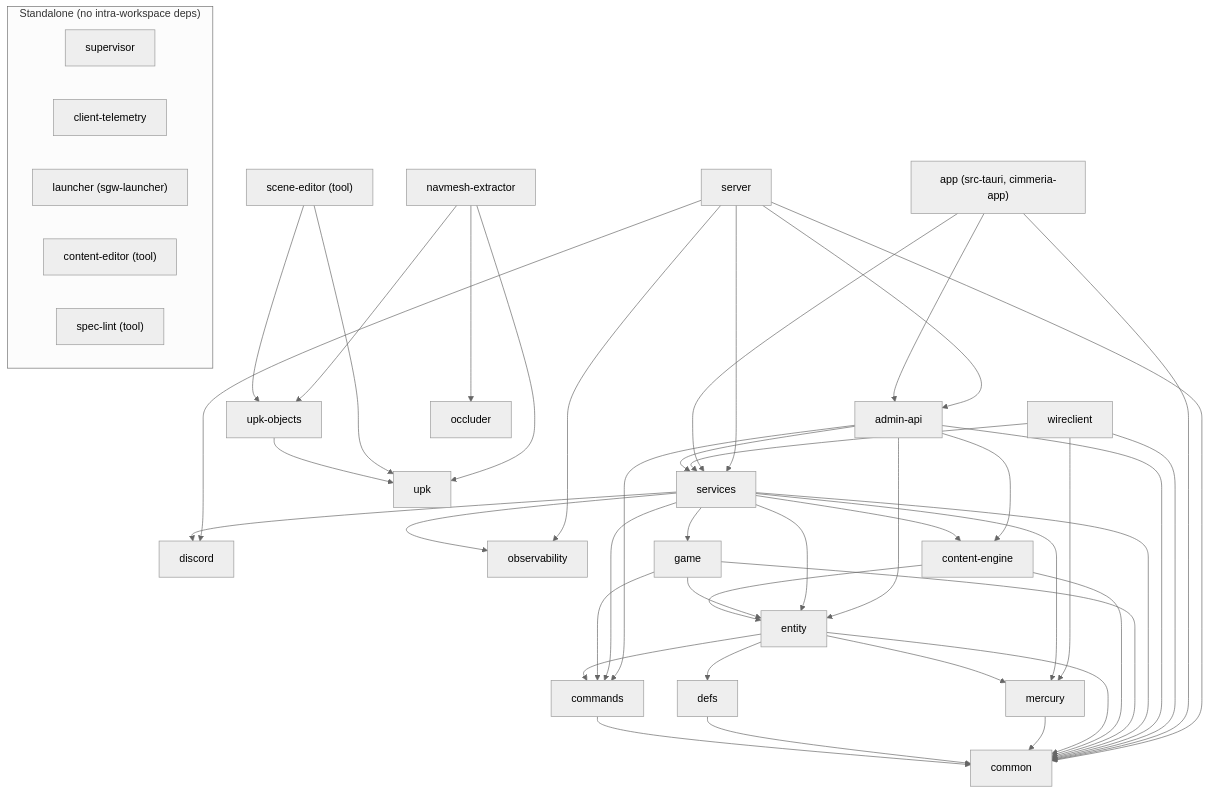
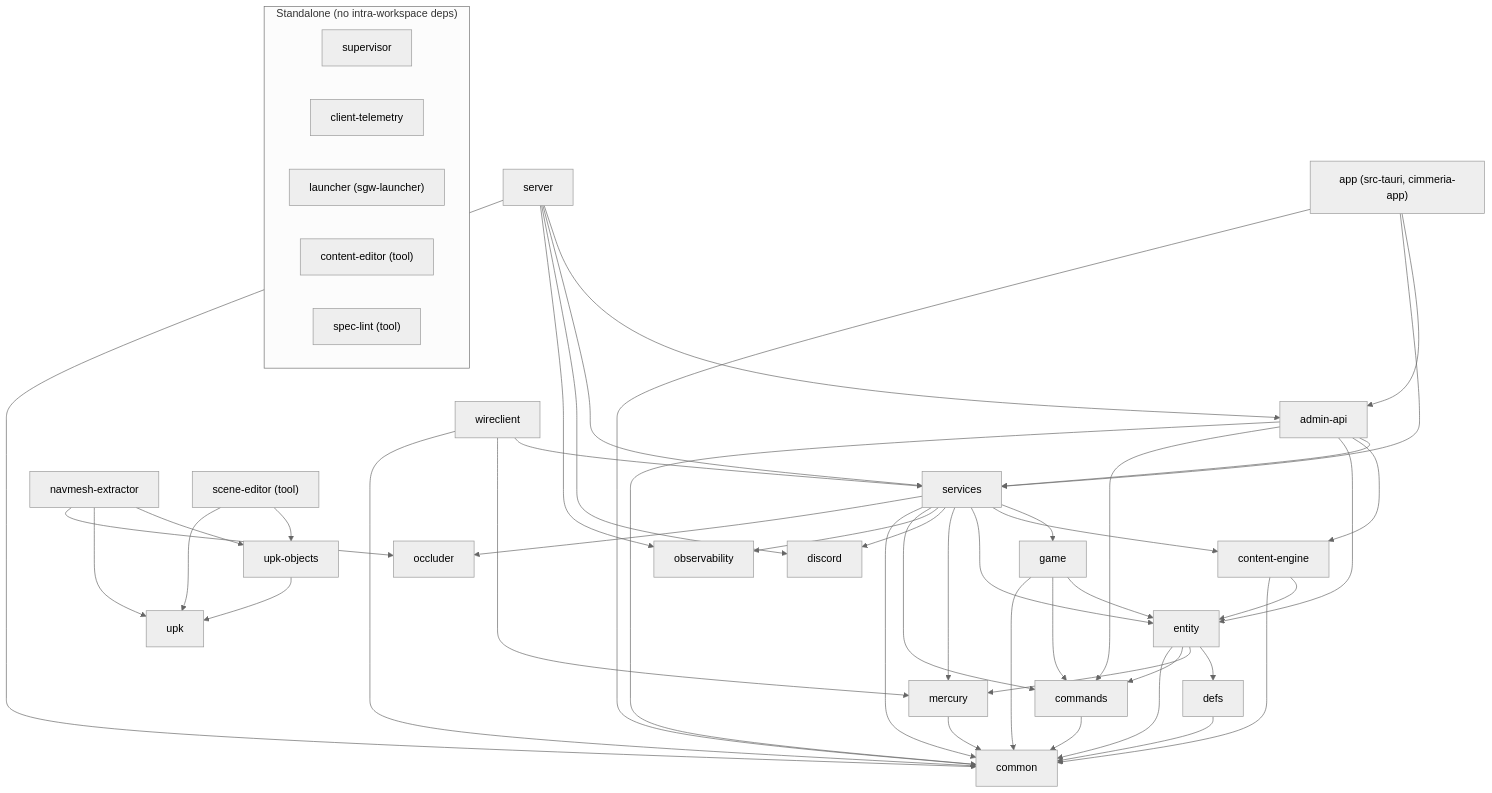
Before and after one commit to SandboxServers/Cimmeria: the diagram in crates/README.md, drawn with Mermaid. The commit also changed other lines of this file and 9 other files, not shown here.

````diff
--- a/crates/README.md
+++ b/crates/README.md
@@ -16,62 +16,63 @@
 ```mermaid
 %%{init: {"flowchart": {"htmlLabels": false}, "theme": "neutral"}}%%
 flowchart TD
     %% entry points / binaries
     server --> adminApi["admin-api"]
     server --> services
     server --> discord
     server --> observability
     server --> common
     app["app (src-tauri, cimmeria-app)"] --> adminApi
     app --> services
     app --> common
     wireclient --> services
     wireclient --> mercury
     wireclient --> common
 
     %% service + domain layer
     adminApi --> services
     adminApi --> contentEngine["content-engine"]
     adminApi --> entity
     adminApi --> commands
     adminApi --> common
     services --> game
     services --> contentEngine
     services --> entity
     services --> mercury
     services --> discord
     services --> observability
     services --> commands
     services --> common
     game --> entity
     game --> commands
     game --> common
     contentEngine --> entity
     contentEngine --> common
     entity --> defs
     entity --> mercury
     entity --> commands
     entity --> common
 
     %% foundation
     mercury --> common
     defs --> common
     commands --> common
 
     %% UPK / navmesh toolchain (independent of the server spine)
     navmeshExtractor["navmesh-extractor"] --> upkObjects["upk-objects"]
     navmeshExtractor --> upk
     navmeshExtractor --> occluder
+    services --> occluder
     sceneEditor["scene-editor (tool)"] --> upkObjects
     sceneEditor --> upk
     upkObjects --> upk
 
     %% standalone crates with no intra-workspace dependencies
     subgraph standalone["Standalone (no intra-workspace deps)"]
         supervisor
         clientTelemetry["client-telemetry"]
         launcher["launcher (sgw-launcher)"]
         contentEditor["content-editor (tool)"]
         specLint["spec-lint (tool)"]
     end
 ```
````
